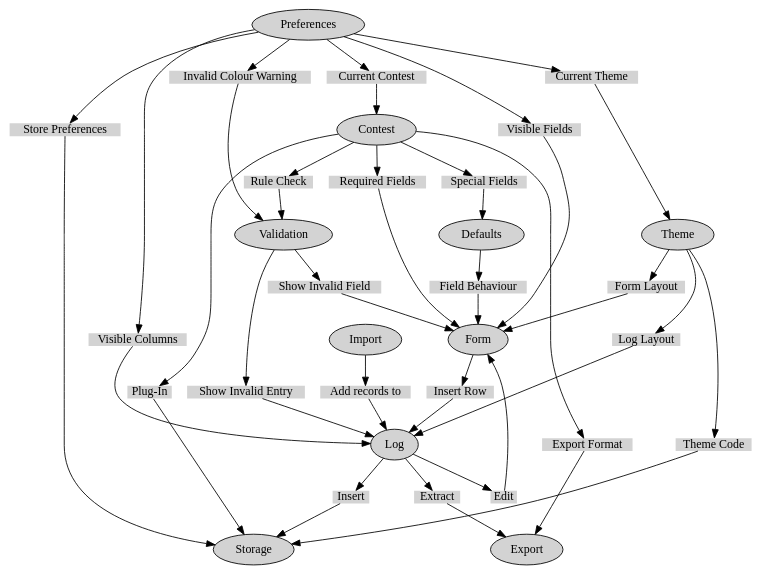
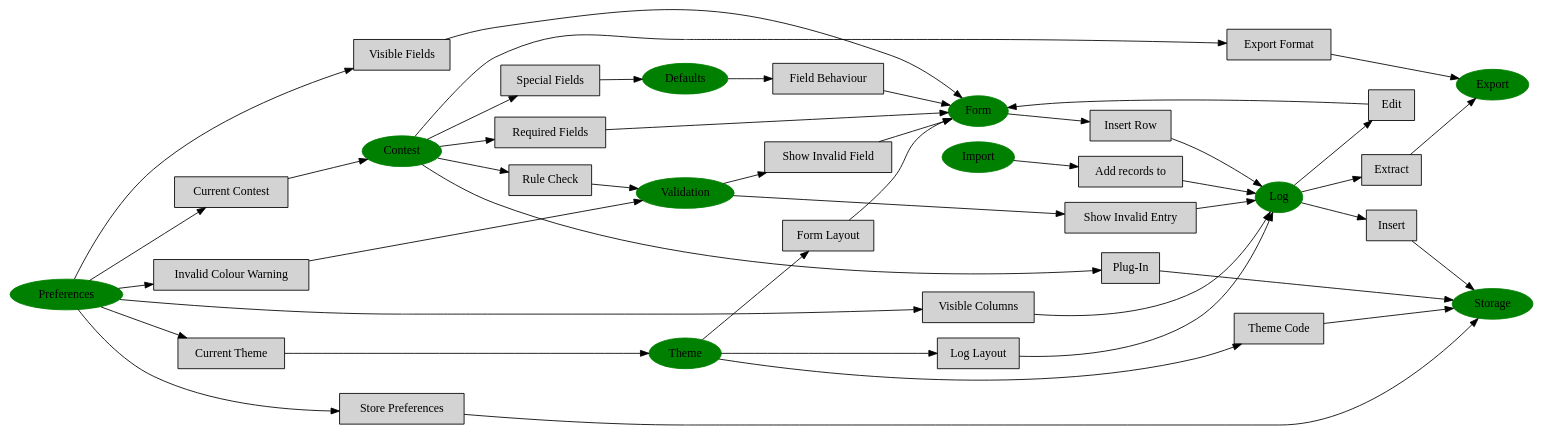
The diagram in design.dot (vk6flab/contest-logger), drawn with Graphviz before and after one commit. The commit also changed 2 other files, not shown here.

```diff
--- a/design.dot
+++ b/design.dot
@@ -1,106 +1,117 @@
 /*
 	This layout describes the different components used to implement
 	the contest-logger. It shows how components affect each other and
 	what intended effect they have.
 */
 
 digraph C {
+/*
+	This seems to display in a more pleasing layout.
+*/
+	rankdir="LR"
+
 /*
 	Contest component is a "plug-in" that affects the operation of most
 	of the aspects of the software.
 
 	To ensure robustness, the intent is that each component "queries" the
 	Contest component to determine what needs to happen.
 
 	The intent is that this will prevent a poorly written plug-in from
 	killing the application.
 */
 	Contest -> "Special Fields" -> Defaults
 	Contest -> "Export Format" -> Export
 	Contest -> "Required Fields" -> Form
 	Contest -> "Plug-In" -> Storage
 	Contest -> "Rule Check" -> Validation
 
 /*
 	Default component determines automatic behaviour like date/time updates,
 	automatic RST calculation, callsign lookup.
 */
 	Defaults -> "Field Behaviour" -> Form
 
 /*
 	Form component handles user interface.
 */
 	Form -> "Insert Row" -> Log
 
 /*
 	Import component handles loading external log files. Likely this will
 	require an extensible architecture to manage multiple formats.
 */
 	Import -> "Add records to" -> Log
 
 /*
 	Log component handles user visible contest results.
 */
 	Log -> "Extract" -> Export
 	Log -> "Insert" -> Storage
 	Log -> "Edit" -> Form
 
 /*
 	Preferences component manages "global variables".
 */
 	Preferences -> "Current Contest" -> Contest
 	Preferences -> "Visible Fields" -> Form
 	Preferences -> "Visible Columns" -> Log
 	Preferences -> "Store Preferences" -> Storage
 	Preferences -> "Current Theme" -> Theme
 	Preferences -> "Invalid Colour Warning" -> Validation
 
 /*
 	Theme component manages screen layout. It's extensible to handle
 	multiple themes.
 */
 	Theme -> "Form Layout" -> Form
 	Theme -> "Log Layout" -> Log
 	Theme -> "Theme Code" -> Storage
 
 /*
 	Validation component handles how valid and invalid data is represented.
 */
 	Validation -> "Show Invalid Field" -> Form
 	Validation -> "Show Invalid Entry" -> Log
 
-	Contest [style=filled]
-	Defaults [style=filled]
-	Export [style=filled]
-	Form [style=filled]
-	Import [style=filled]
-	Log [style=filled]
-	Preferences [style=filled]
-	Storage [style=filled]
-	Theme [style=filled]
-	Validation [style=filled]
+/*
+	Modules are rendered in Green
+*/
+	Contest [style=filled,color=green]
+	Defaults [style=filled,color=green]
+	Export [style=filled,color=green]
+	Form [style=filled,color=green]
+	Import [style=filled,color=green]
+	Log [style=filled,color=green]
+	Preferences [style=filled,color=green]
+	Storage [style=filled,color=green]
+	Theme [style=filled,color=green]
+	Validation [style=filled,color=green]
 
-	"Add records to" [shape=plain,style=filled]
-	"Current Contest" [shape=plain,style=filled]
-	"Current Theme" [shape=plain,style=filled]
-	"Edit" [shape=plain,style=filled]
-	"Export Format" [shape=plain,style=filled]
-	"Extract" [shape=plain,style=filled]
-	"Field Behaviour" [shape=plain,style=filled]
-	"Form Layout" [shape=plain,style=filled]
-	"Insert" [shape=plain,style=filled]
-	"Insert Row" [shape=plain,style=filled]
-	"Invalid Colour Warning" [shape=plain,style=filled]
-	"Log Layout" [shape=plain,style=filled]
-	"Plug-In" [shape=plain,style=filled]
-	"Required Fields" [shape=plain,style=filled]
-	"Rule Check" [shape=plain,style=filled]
-	"Show Invalid Entry" [shape=plain,style=filled]
-	"Show Invalid Field" [shape=plain,style=filled]
-	"Special Fields" [shape=plain,style=filled]
-	"Store Preferences" [shape=plain,style=filled]
-	"Theme Code" [shape=plain,style=filled]
-	"Visible Columns" [shape=plain,style=filled]
-	"Visible Fields" [shape=plain,style=filled]
+/*
+	Interaction is rendered in Grey
+*/
+	"Add records to" [shape=box,style=filled]
+	"Current Contest" [shape=box,style=filled]
+	"Current Theme" [shape=box,style=filled]
+	"Edit" [shape=box,style=filled]
+	"Export Format" [shape=box,style=filled]
+	"Extract" [shape=box,style=filled]
+	"Field Behaviour" [shape=box,style=filled]
+	"Form Layout" [shape=box,style=filled]
+	"Insert" [shape=box,style=filled]
+	"Insert Row" [shape=box,style=filled]
+	"Invalid Colour Warning" [shape=box,style=filled]
+	"Log Layout" [shape=box,style=filled]
+	"Plug-In" [shape=box,style=filled]
+	"Required Fields" [shape=box,style=filled]
+	"Rule Check" [shape=box,style=filled]
+	"Show Invalid Entry" [shape=box,style=filled]
+	"Show Invalid Field" [shape=box,style=filled]
+	"Special Fields" [shape=box,style=filled]
+	"Store Preferences" [shape=box,style=filled]
+	"Theme Code" [shape=box,style=filled]
+	"Visible Columns" [shape=box,style=filled]
+	"Visible Fields" [shape=box,style=filled]
 
 }
```
